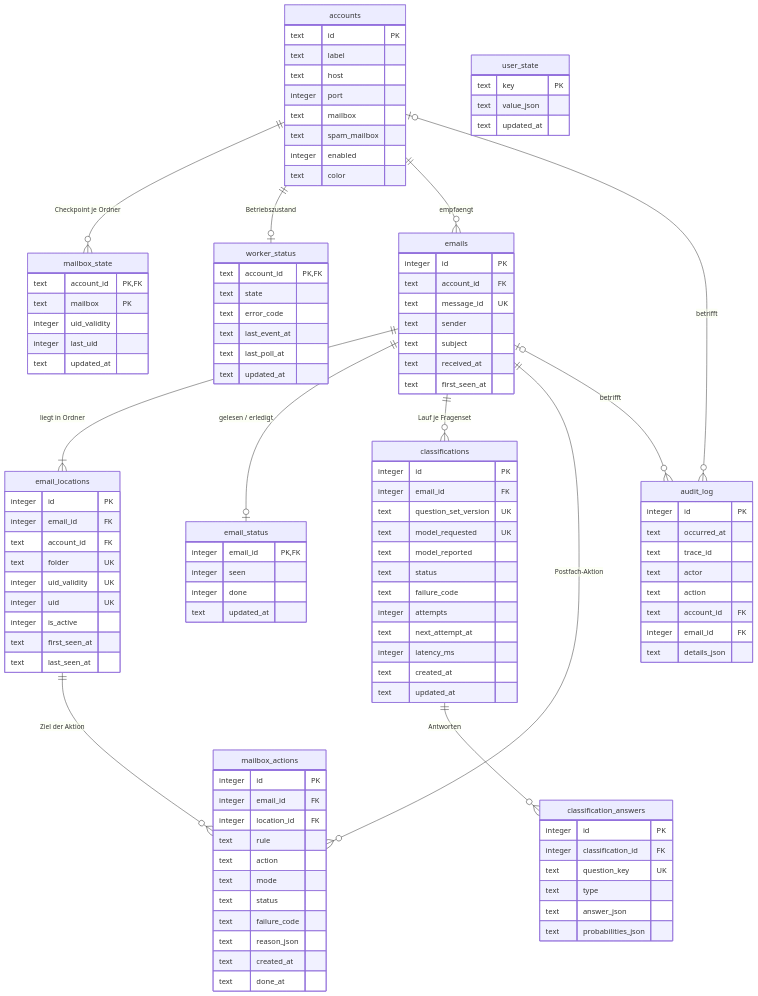
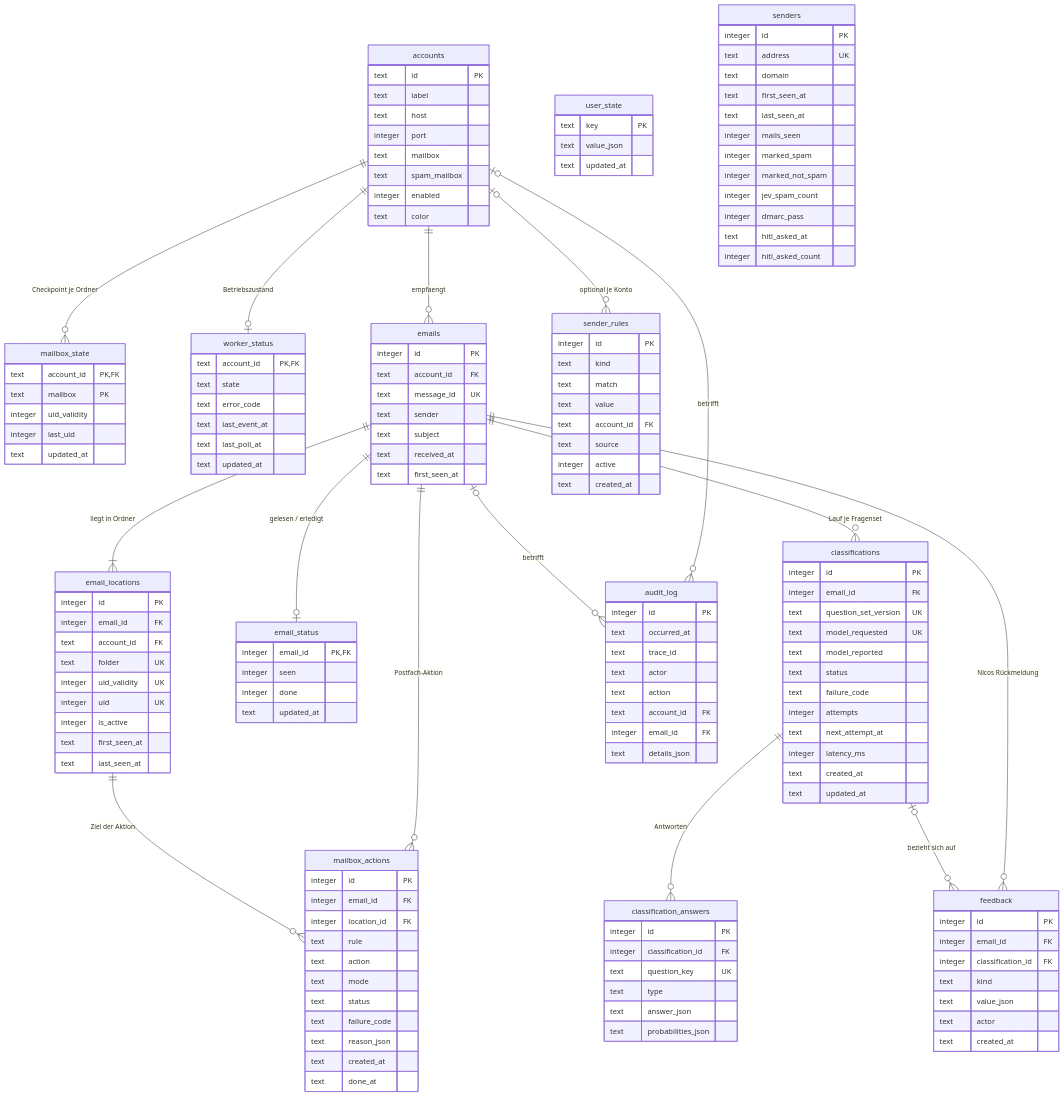
The diagram in docs/erd.md (nico-hoff/email-agent), drawn with Mermaid before and after one commit. The commit also changed other lines of this file and 4 other files, not shown here.

First line of the commit message:
phase 15: add feedback, senders and sender_rules tables

```diff
--- a/docs/erd.md
+++ b/docs/erd.md
@@ -13,6 +13,9 @@
   emails ||--o| email_status : "gelesen / erledigt"
   emails ||--o{ classifications : "Lauf je Fragenset"
   emails ||--o{ mailbox_actions : "Postfach-Aktion"
+  emails ||--o{ feedback : "Nicos Rückmeldung"
+  classifications |o--o{ feedback : "bezieht sich auf"
+  accounts |o--o{ sender_rules : "optional je Konto"
   email_locations ||--o{ mailbox_actions : "Ziel der Aktion"
   classifications ||--o{ classification_answers : Antworten
   accounts |o--o{ audit_log : betrifft
@@ -109,6 +112,39 @@
     text value_json
     text updated_at
   }
+  feedback {
+    integer id PK
+    integer email_id FK
+    integer classification_id FK
+    text kind
+    text value_json
+    text actor
+    text created_at
+  }
+  senders {
+    integer id PK
+    text address UK
+    text domain
+    text first_seen_at
+    text last_seen_at
+    integer mails_seen
+    integer marked_spam
+    integer marked_not_spam
+    integer jev_spam_count
+    integer dmarc_pass
+    text hitl_asked_at
+    integer hitl_asked_count
+  }
+  sender_rules {
+    integer id PK
+    text kind
+    text match
+    text value
+    text account_id FK
+    text source
+    integer active
+    text created_at
+  }
   audit_log {
     integer id PK
     text occurred_at
```
